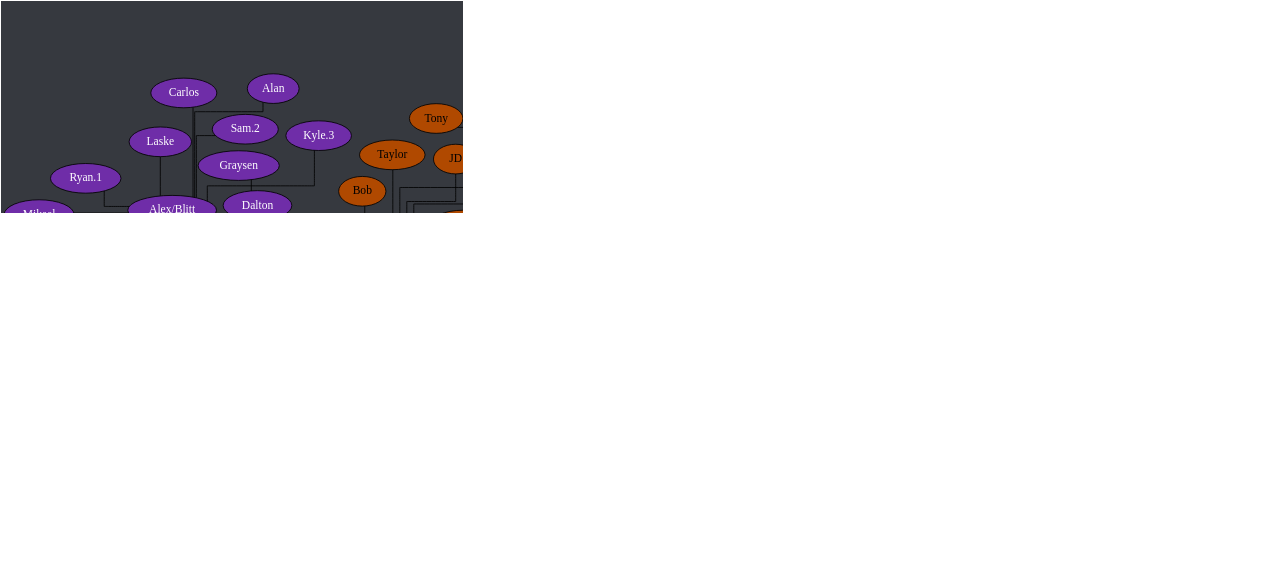
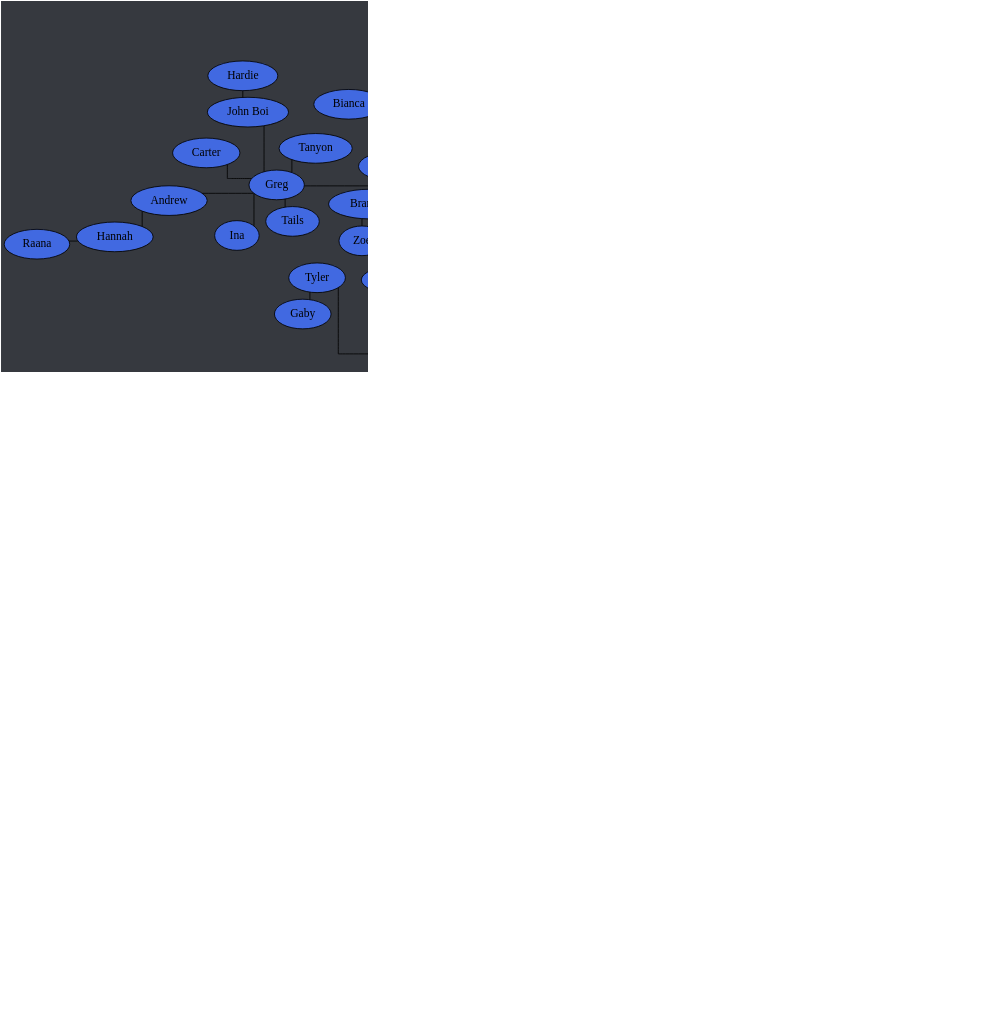
The diagram in tree.dot (Documidas/CoronaCatzFamilyTree), drawn with Graphviz before and after one commit. The commit also changed 1 other file, not shown here.

Commit message:
Rename Ali.2 to Ina, Ali.1 to Ali

```diff
--- a/tree.dot
+++ b/tree.dot
@@ -1,175 +1,175 @@
 strict graph {
 	// Layout Configuration
 	layout = neato;
 	dpi = 200;
 	epsilon = 0.01;
 	mode = major;
 	model = subset;
 	overlap = false;
 	splines = ortho;
 	start = rand;
 
 	// Visual Configuration
 	graph [ truecolor=true bgcolor="#36393f" ];
 	node [ style=filled fillcolor="gray" fontcolor="black" ];
 
 	subgraph "Joel" {
 		node [ style=filled fillcolor="firebrick4" fontcolor="white" ];
 		Joel [ style=filled fillcolor="gold" fontcolor="black" ];
 
-		Cayla -- "Ali.1";
+		Cayla -- Ali;
 		Cayla -- Jonathan;
 		Cayla -- Kate;
 		Cayla -- Ranger;
 		Joel -- Anders;
 		Joel -- Cayla;
 		Joel -- Conner;
 		Joel -- Jared;
 		Joel -- Kat;
 		Joel -- Patrick;
 		Joel -- Steven;
 	}
 
 	subgraph "Anders" {
 		node [ style=filled fillcolor="green4" fontcolor="white" ];
 		// Anders [ style=filled fillcolor="green4" fontcolor="white" ];
 
 		Anders -- Chiara;
 		Anders -- Cody;
 		Anders -- Daniel;
 		Anders -- Derek;
 		Anders -- DJ;
 		Anders -- Hahnur;
 		Anders -- Jen;
 		Anders -- "Matt.2";
 		Anders -- Solis;
 		Anders -- Will;
 		Anders -- Wyatt;
 		Anders -- Zach;
 	}
 
 	subgraph "Jared" {
 		node [ style=filled fillcolor="royalblue" fontcolor="black" ];
 		// Jared [ style=filled fillcolor="royalblue" fontcolor="black" ];
 
 		Andrew -- Hannah;
 		Cole -- "Shadia/SJ";
 		Donnie -- Bianca;
 		Donnie -- Bryan;
 		Donnie -- Troy;
-		Greg -- "Ali.2";
 		Greg -- Andrew;
 		Greg -- Carter;
+		Greg -- Ina;
 		Greg -- "John Boi";
 		Greg -- Tails;
 		Greg -- Tanyon;
 		Hannah -- Raana;
 		Jared -- Brandi;
 		Jared -- Dave;
 		Jared -- Donnie;
 		Jared -- Fabi;
 		Jared -- "Jack.2";
 		Jared -- Cole;
 		Jared -- Kamon;
 		Jared -- Greg;
 		Jared -- Isabelle;
 		Jared -- Mason;
 		Jared -- "Matt.1";
 		Jared -- Mehmet;
 		Jared -- Nam;
 		Jared -- Pixie;
 		Jared -- Shannon;
 		Jared -- Spencer;
 		Jared -- Tyler;
 		Jared -- "Zach/Laniakea";
 		Jared -- Zoe;
 		"John Boi" -- Hardie;
 		"Shadia/SJ" -- Kalel;
 		"Shadia/SJ" -- Tommy;
 		Troy -- Drake;
 		Tyler -- Gaby;
 		Zoe -- Brandon;
 	}
 
 	subgraph "Zach/Laniakea" {
 		node [ style=filled fillcolor="#4eff2c" fontcolor="black" ];
 		// "Zach/Laniakea" [ style=filled fillcolor="#4eff2c" fontcolor="black" ];
 
 		"Caio.2" -- "Kyle.1";
 		"Caio.2" -- Lucas;
 		Kuri -- Jon;
 		Kuri -- Karma;
 		"Ryan/Wenger" -- Gracie;
 		"Zach/Laniakea" -- Allen;
 		"Zach/Laniakea" -- "Caio.2";
 		"Zach/Laniakea" -- Colin;
 		"Zach/Laniakea" -- John;
 		"Zach/Laniakea" -- Logan;
 		"Zach/Laniakea" -- Kevin;
 		"Zach/Laniakea" -- Kuri;
 		"Zach/Laniakea" -- "Kyle.0";
 		"Zach/Laniakea" -- Mike;
 		"Zach/Laniakea" -- "Ryan/Wenger";
 		"Zach/Laniakea" -- "Ukko";
 	}
 
 	subgraph "John" {
 		node [ style=filled fillcolor="#c89b3c" fontcolor="black" ];
 		// John [ style=filled fillcolor="#c89b3c" fontcolor="black" ];
 
 		John -- Anna;
 		John -- Emily;
 		John -- Haber;
 		John -- Jay;
 		John -- "Jack.1";
 		John -- Lara;
 		John -- Monarch;
 		John -- Thomas;
 	}
 
 	subgraph "John-stream" {
 		// node [ style=filled fillcolor="#9147ff" fontcolor="black" ];
 		node [ style=filled fillcolor="#c89b3c" fontcolor="black" ];
 
 		John -- "Michael/Wheezy";
 	}
 
 	subgraph "Thomas" {
 		node [ style=filled fillcolor="#b04900" fontcolor="black" ];
 		// Thomas [ style=filled fillcolor="#b04900" fontcolor="black" ];
 
 		Thomas -- Alex;
 		Thomas -- Bob;
 		Thomas -- JD;
 		Thomas -- Josh;
 		Thomas -- Juan;
 		Thomas -- Taylor;
 		Thomas -- Tony;
 		Thomas -- Travis;
 	}
 
 	subgraph "Alex" {
 		node [ style=filled fillcolor="#6f2da8" fontcolor="white" ];
 		// Alex [ style=filled fillcolor="#6f2da8" fontcolor="black" ];
 
 		Alex -- "Alex/Blitt";
 		Alex -- "Da'Von";
 		Alex -- Sam;
 		"Alex/Blitt" -- Alan;
 		"Alex/Blitt" -- "Alex the 3rd";
 		"Alex/Blitt" -- Brian;
 		"Alex/Blitt" -- Carlos;
 		"Alex/Blitt" -- Chris;
 		"Alex/Blitt" -- Gabriel;
 		"Alex/Blitt" -- "Kyle.3";
 		"Alex/Blitt" -- Laske;
 		"Alex/Blitt" -- Mikael;
 		"Alex/Blitt" -- "Ryan.1";
 		"Alex/Blitt" -- "Sam.2";
 		"Da'Von" -- Dalton;
 		"Da'Von" -- Zeller;
 		Dalton -- Graysen;
 		Gabriel -- "Ryan.2";
 		Zeller -- Sierra;
 	}
 }
```
